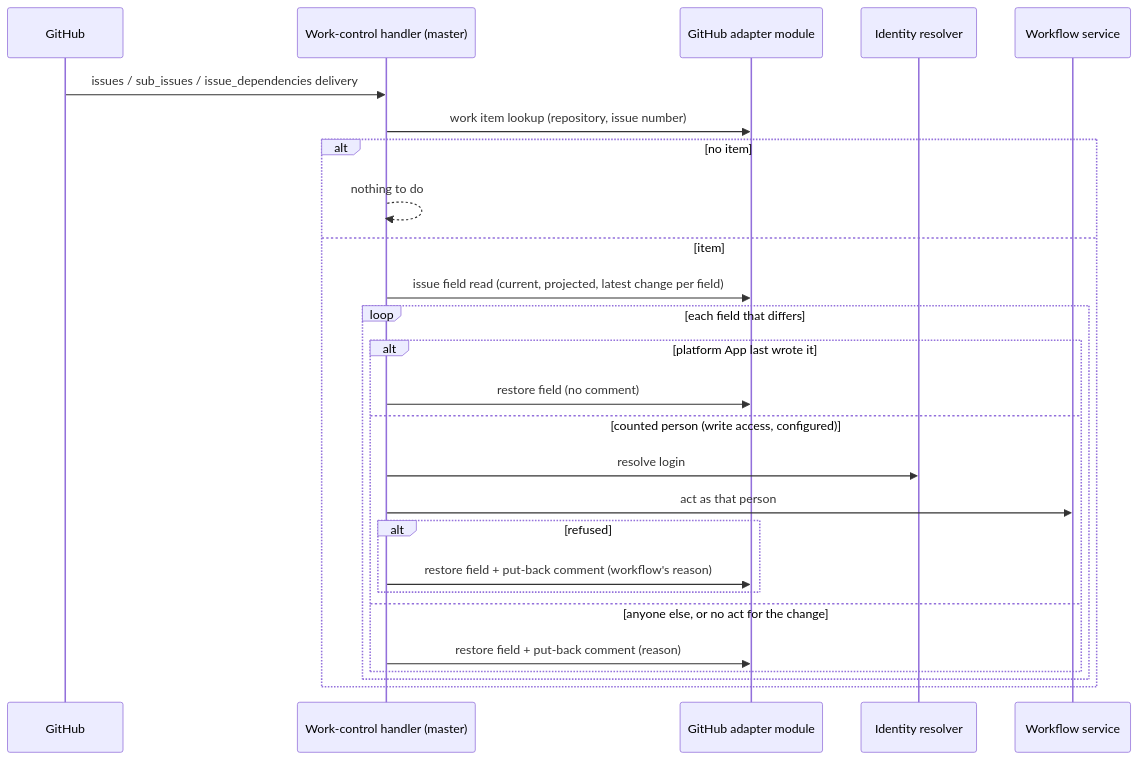
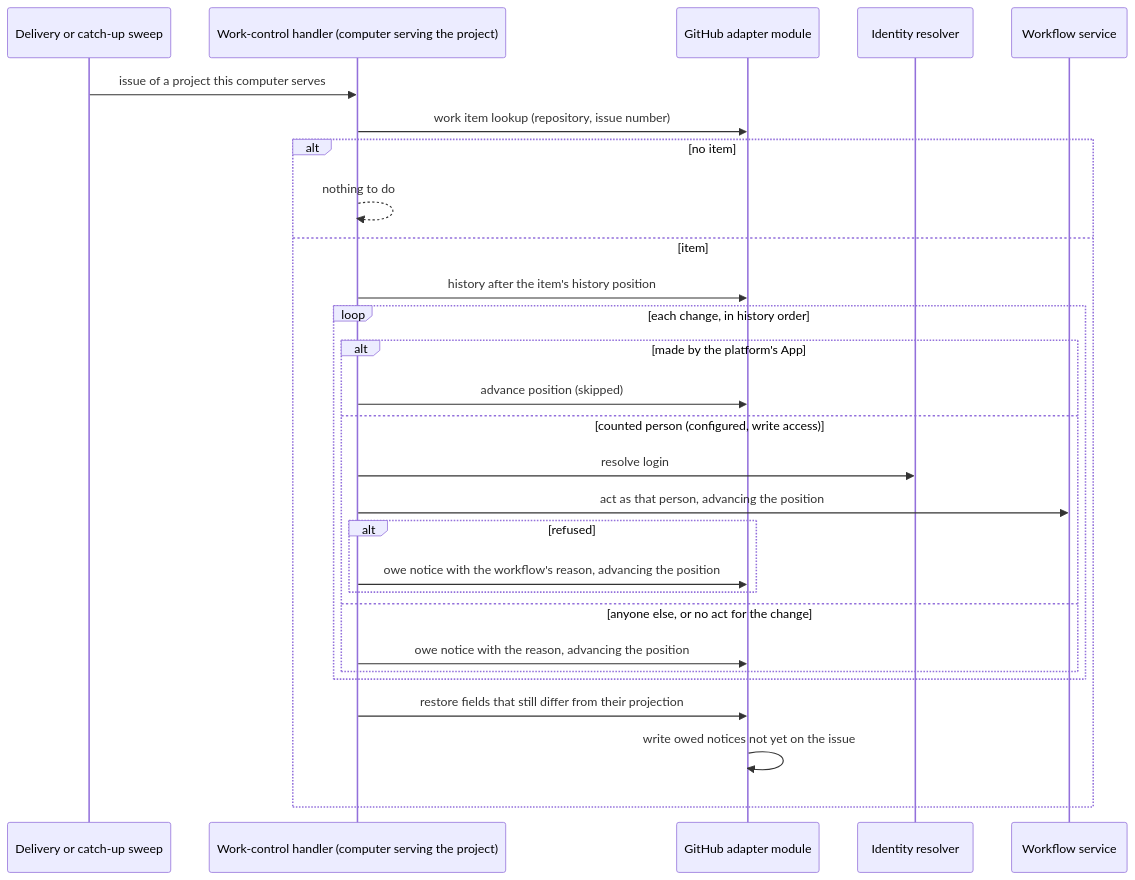
The diagram in docs/local/design/architecture/github-work-control.md (InstruktAI/TeleClaude), drawn with Mermaid before and after one commit. The commit also changed other lines of this file and 3 other files, not shown here.

First line of the commit message:
docs(github-work-control): dispose of each issue change in history order with a record-held position

````diff
--- a/docs/local/design/architecture/github-work-control.md
+++ b/docs/local/design/architecture/github-work-control.md
@@ -98,28 +111,30 @@
 ```mermaid
 sequenceDiagram
-    participant GH as GitHub
-    participant H as Work-control handler (master)
+    participant T as Delivery or catch-up sweep
+    participant H as Work-control handler (computer serving the project)
     participant S as GitHub adapter module
     participant ID as Identity resolver
     participant WF as Workflow service
-    GH->>H: issues / sub_issues / issue_dependencies delivery
+    T->>H: issue of a project this computer serves
     H->>S: work item lookup (repository, issue number)
     alt no item
         H-->>H: nothing to do
     else item
-        H->>S: issue field read (current, projected, latest change per field)
-        loop each field that differs
-            alt platform App last wrote it
-                H->>S: restore field (no comment)
-            else counted person (write access, configured)
+        H->>S: history after the item's history position
+        loop each change, in history order
+            alt made by the platform's App
+                H->>S: advance position (skipped)
+            else counted person (configured, write access)
                 H->>ID: resolve login
-                H->>WF: act as that person
+                H->>WF: act as that person, advancing the position
                 alt refused
-                    H->>S: restore field + put-back comment (workflow's reason)
+                    H->>S: owe notice with the workflow's reason, advancing the position
                 end
             else anyone else, or no act for the change
-                H->>S: restore field + put-back comment (reason)
+                H->>S: owe notice with the reason, advancing the position
             end
         end
+        H->>S: restore fields that still differ from their projection
+        S->>S: write owed notices not yet on the issue
     end
 ```
````
